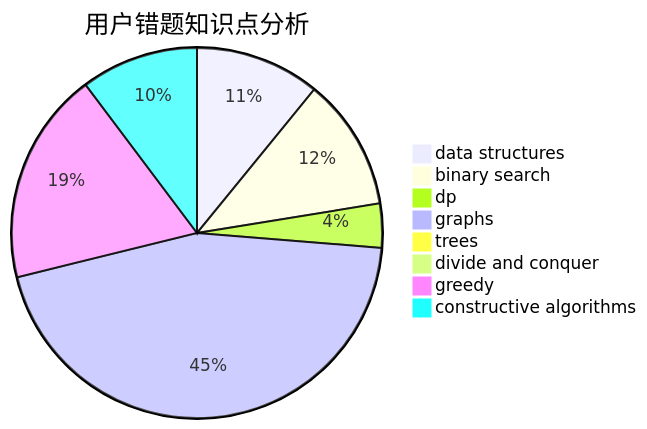
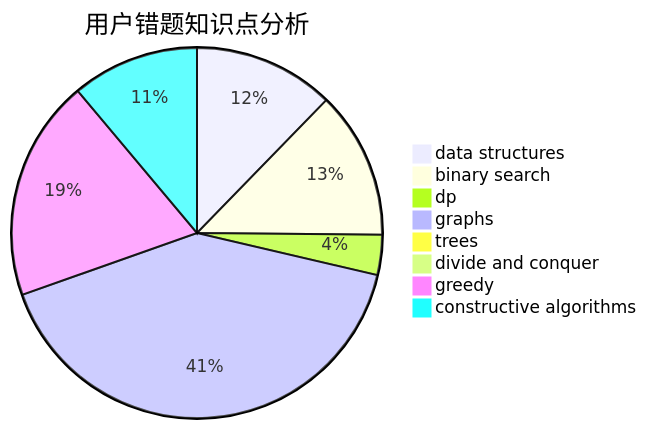
One commit to sherpahu/cfrs.github.io changed the third of 3 diagrams in docs/user/u1755.md. Above: the diagram before and after it, drawn with Mermaid. The commit also changed other lines of this file and 2770 other files, not shown here.

````diff
--- a/docs/user/u1755.md
+++ b/docs/user/u1755.md
@@ -36,11 +36,11 @@
 ```mermaid
 pie title 用户错题知识点分析
-    "data structures" :  17
-    "binary search" :  18
+    "data structures" :  21
+    "binary search" :  22
     "dp" :  6
     "graphs" :  70
     "trees" :  0
     "divide and conquer" :  0
-    "greedy" :  29
-    "constructive algorithms" :  16
+    "greedy" :  33
+    "constructive algorithms" :  19
 ```
````
